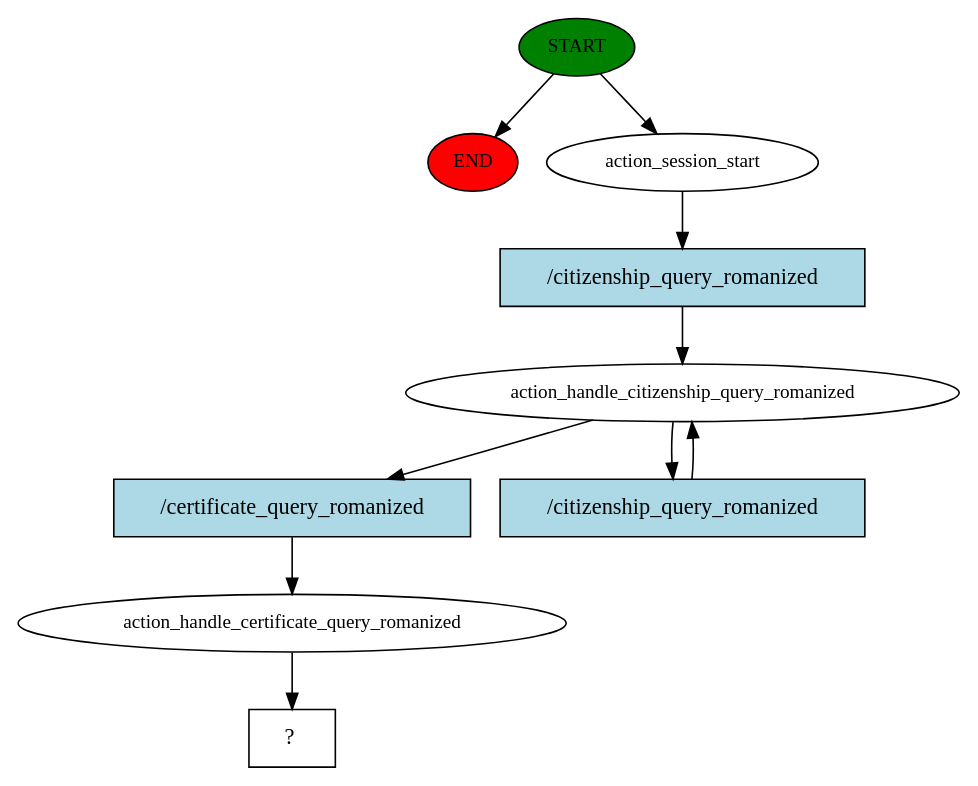
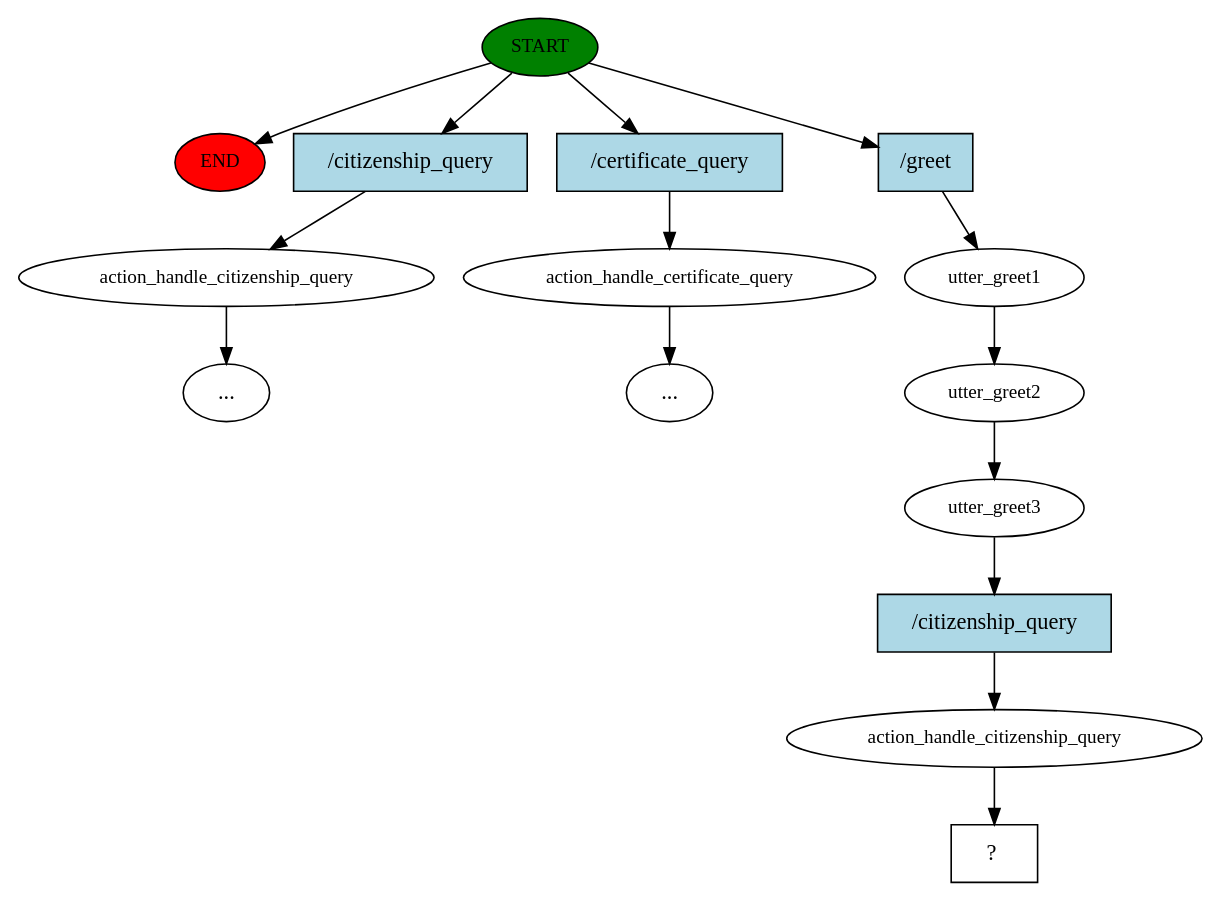
One commit to PiyushLuitel-07/Samadhan-A-Local-Government-Service-QueryBot changed the diagram in story_graph.dot. Above: the diagram before and after it, drawn with Graphviz. The commit also changed 66 other files, not shown here.

```diff
--- a/story_graph.dot
+++ b/story_graph.dot
@@ -1,20 +1,31 @@
 digraph  {
 0 [class="start active", fillcolor=green, fontsize=12, label=START, style=filled];
 "-1" [class=end, fillcolor=red, fontsize=12, label=END, style=filled];
-1 [class=active, fontsize=12, label=action_session_start];
-2 [class=active, fontsize=12, label=action_handle_citizenship_query_romanized];
-4 [class=active, fontsize=12, label=action_handle_certificate_query_romanized];
-5 [class="intent dashed active", label="  ?  ", shape=rect];
-6 [class="intent active", fillcolor=lightblue, label="/citizenship_query_romanized", shape=rect, style=filled];
-7 [class="intent active", fillcolor=lightblue, label="/certificate_query_romanized", shape=rect, style=filled];
-8 [class="intent active", fillcolor=lightblue, label="/citizenship_query_romanized", shape=rect, style=filled];
+1 [class="", fontsize=12, label=action_handle_citizenship_query];
+"-4" [class=ellipsis, label="..."];
+3 [class="", fontsize=12, label=action_handle_certificate_query];
+"-6" [class=ellipsis, label="..."];
+5 [class=active, fontsize=12, label=utter_greet1];
+6 [class=active, fontsize=12, label=utter_greet2];
+7 [class=active, fontsize=12, label=utter_greet3];
+8 [class=active, fontsize=12, label=action_handle_citizenship_query];
+9 [class="intent dashed active", label="  ?  ", shape=rect];
+10 [class=intent, fillcolor=lightblue, label="/citizenship_query", shape=rect, style=filled];
+11 [class=intent, fillcolor=lightblue, label="/certificate_query", shape=rect, style=filled];
+12 [class="intent active", fillcolor=lightblue, label="/greet", shape=rect, style=filled];
+13 [class="intent active", fillcolor=lightblue, label="/citizenship_query", shape=rect, style=filled];
 0 -> "-1"  [class="", key=NONE, label=""];
-0 -> 1  [class=active, key=NONE, label=""];
-1 -> 6  [class=active, key=0];
-2 -> 7  [class=active, key=0];
-2 -> 8  [class=active, key=0];
-4 -> 5  [class=active, key=NONE, label=""];
-6 -> 2  [class=active, key=0];
-7 -> 4  [class=active, key=0];
-8 -> 2  [class=active, key=0];
+0 -> 10  [class="", key=0];
+0 -> 11  [class="", key=0];
+0 -> 12  [class=active, key=0];
+1 -> "-4"  [class="", key=NONE, label=""];
+3 -> "-6"  [class="", key=NONE, label=""];
+5 -> 6  [class=active, key=NONE, label=""];
+6 -> 7  [class=active, key=NONE, label=""];
+7 -> 13  [class=active, key=0];
+8 -> 9  [class=active, key=NONE, label=""];
+10 -> 1  [class="", key=0];
+11 -> 3  [class="", key=0];
+12 -> 5  [class=active, key=0];
+13 -> 8  [class=active, key=0];
 }
```
